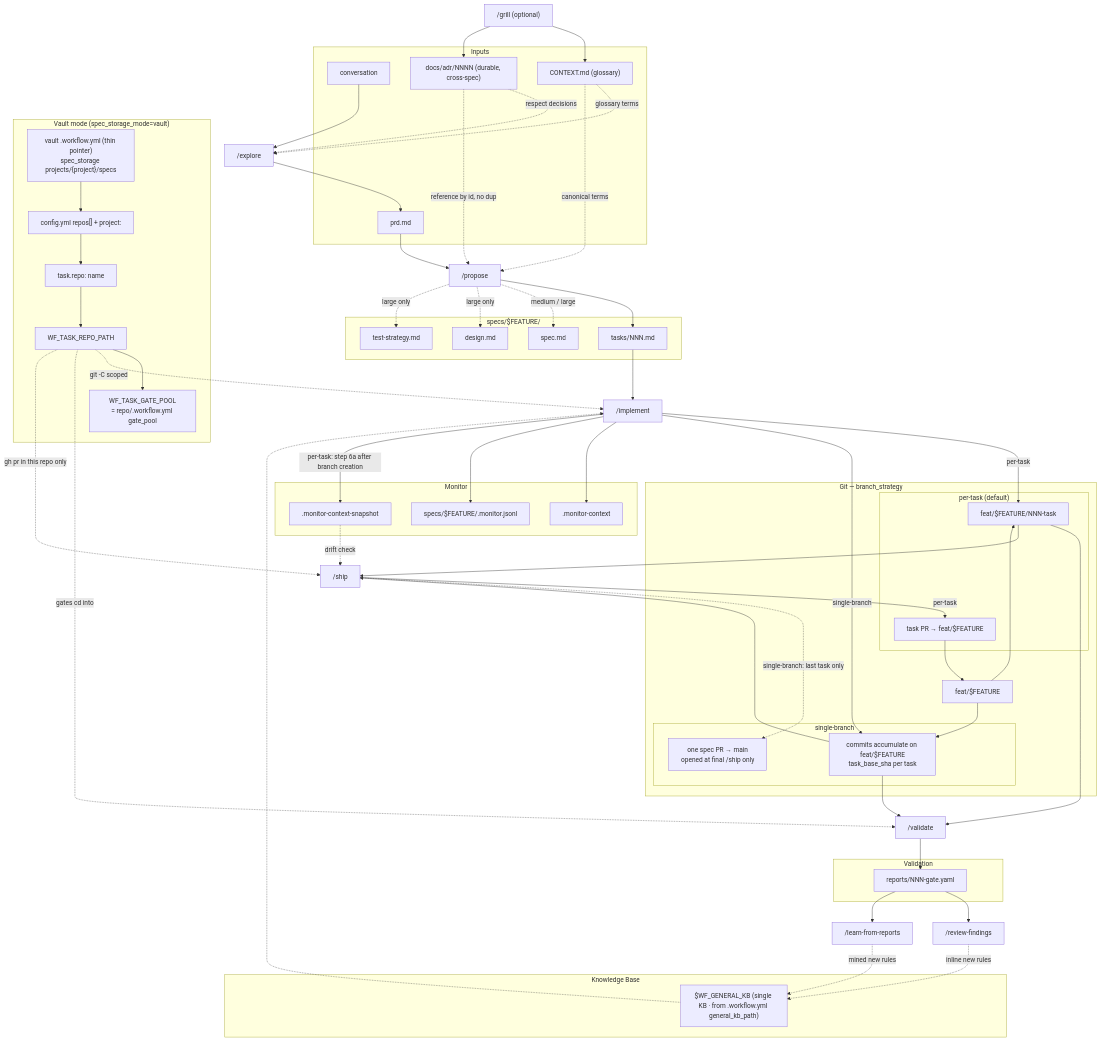
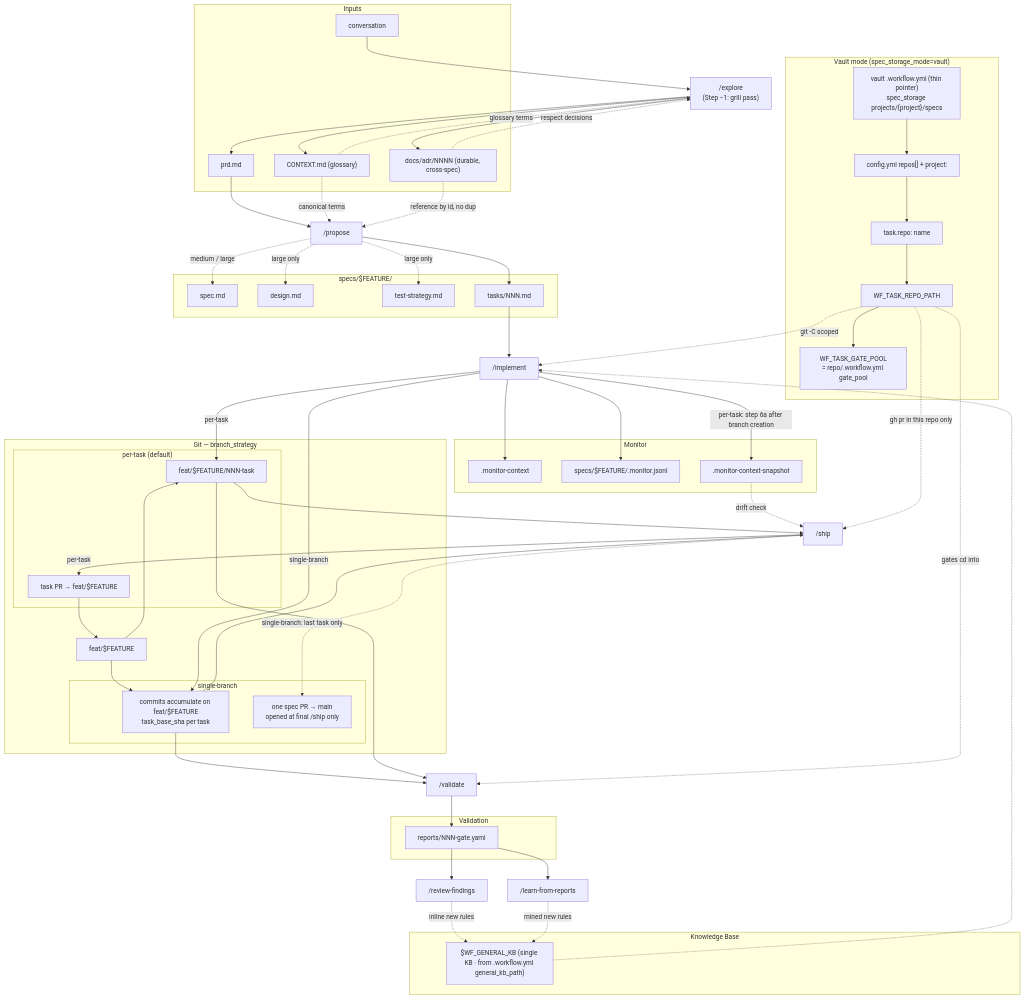
The fifth of 15 diagrams in docs/workflow-diagram.md (AlarQ/SDD-hub), drawn with Mermaid before and after one commit. The commit also changed other lines of this file and 5 other files, not shown here.

Commit message:
feat: merge grill and explore

```diff
--- a/docs/workflow-diagram.md
+++ b/docs/workflow-diagram.md
@@ -248,9 +245,9 @@
         SNAP[.monitor-context-snapshot]
     end
 
-    GR["/grill (optional)"] --> CTXMD
-    GR --> ADR
-    CONV --> EX["/explore"]
+    CONV --> EX["/explore<br/>(Step −1: grill pass)"]
+    EX --> CTXMD
+    EX --> ADR
     CTXMD -.->|glossary terms| EX
     ADR -.->|respect decisions| EX
     EX --> PRD
```
